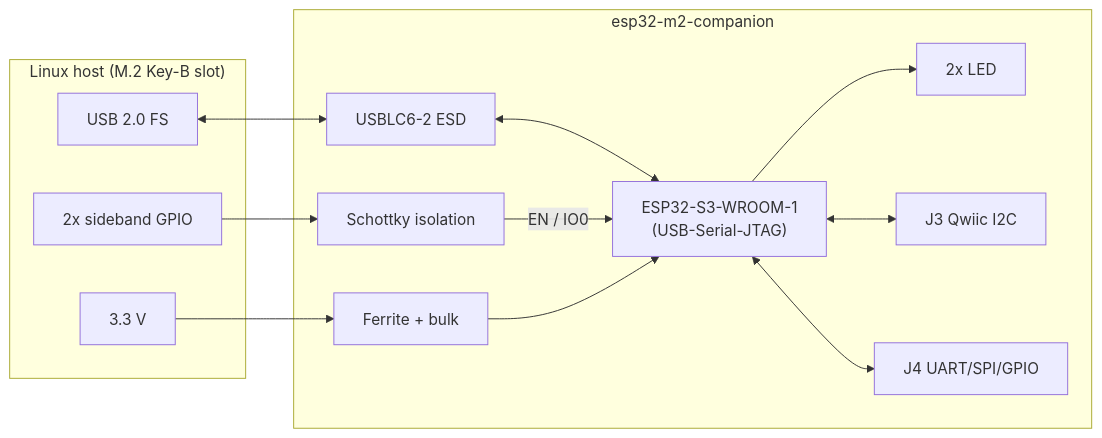
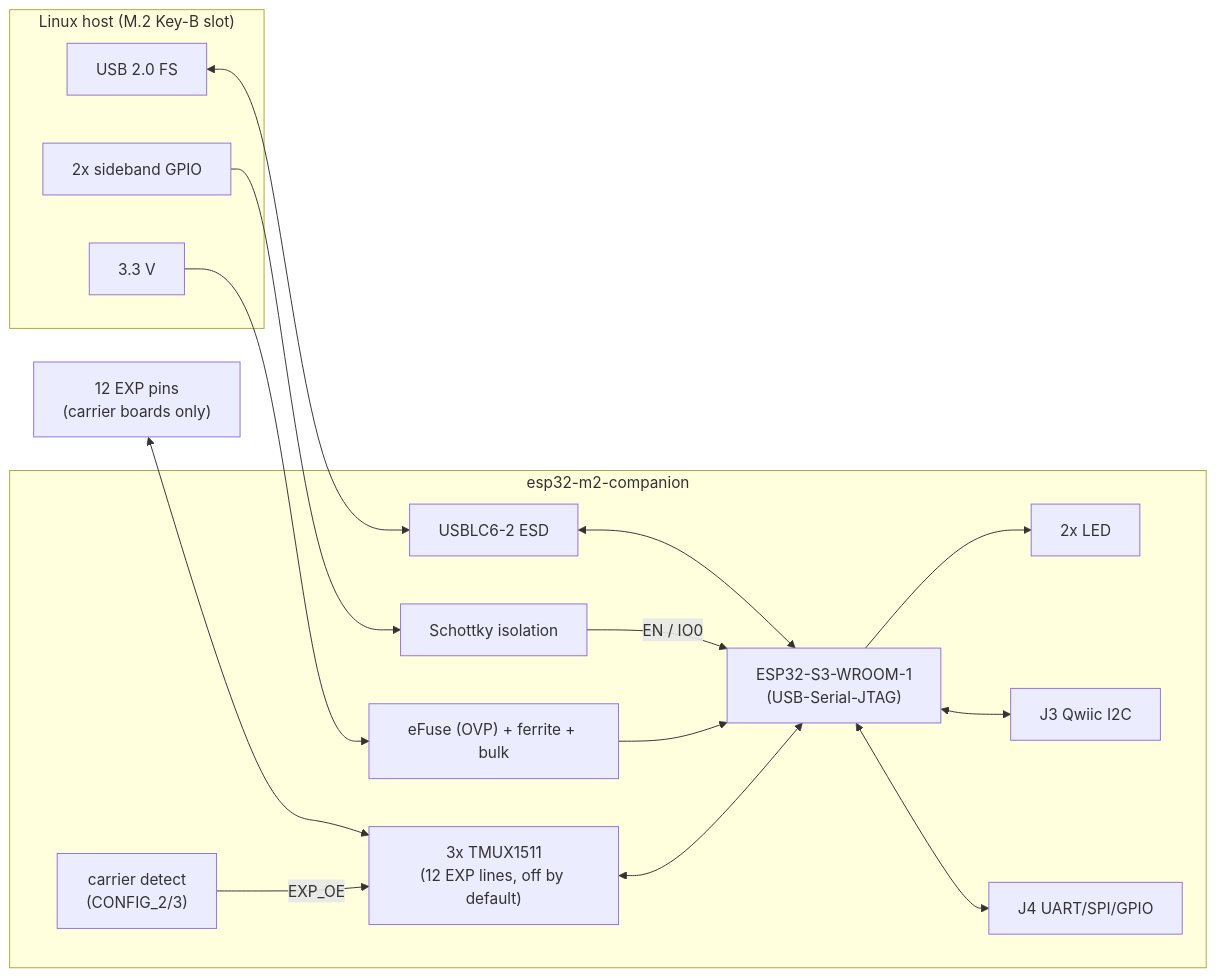
The diagram in DATASHEET.md (EstebanSannin/esp32-m2-companion), drawn with Mermaid before and after one commit. The commit also changed other lines of this file and 9 other files, not shown here.

````diff
--- a/DATASHEET.md
+++ b/DATASHEET.md
@@ -37,23 +37,27 @@
 ```mermaid
 flowchart LR
     subgraph HOST["Linux host (M.2 Key-B slot)"]
         USB["USB 2.0 FS"]
         GPIOs["2x sideband GPIO"]
         PWR["3.3 V"]
     end
     subgraph CARD["esp32-m2-companion"]
         ESD["USBLC6-2 ESD"]
         DIODE["Schottky isolation"]
-        FB["Ferrite + bulk"]
+        FB["eFuse (OVP) + ferrite + bulk"]
+        SW["3x TMUX1511\n(12 EXP lines, off by default)"]
+        DET["carrier detect\n(CONFIG_2/3)"]
         MCU["ESP32-S3-WROOM-1\n(USB-Serial-JTAG)"]
         LED["2x LED"]
         J3["J3 Qwiic I2C"]
         J4["J4 UART/SPI/GPIO"]
     end
     USB <--> ESD <--> MCU
     GPIOs --> DIODE -->|EN / IO0| MCU
     PWR --> FB --> MCU
+    EXPB["12 EXP pins\n(carrier boards only)"] <--> SW <--> MCU
+    DET -->|EXP_OE| SW
     MCU --> LED
     MCU <--> J3
     MCU <--> J4
 ```
````
